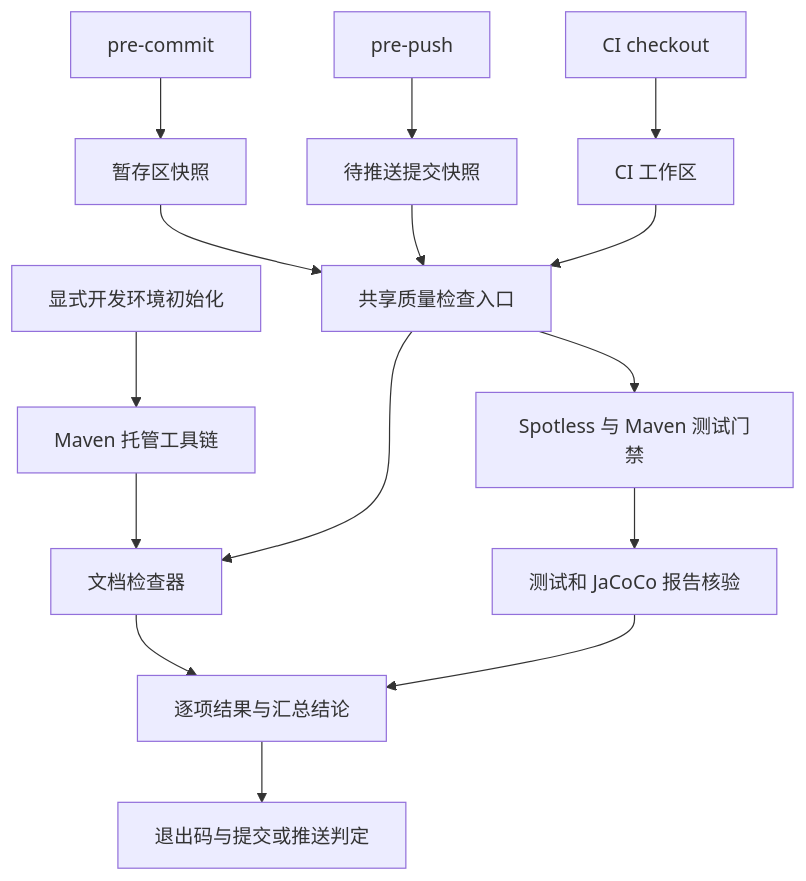
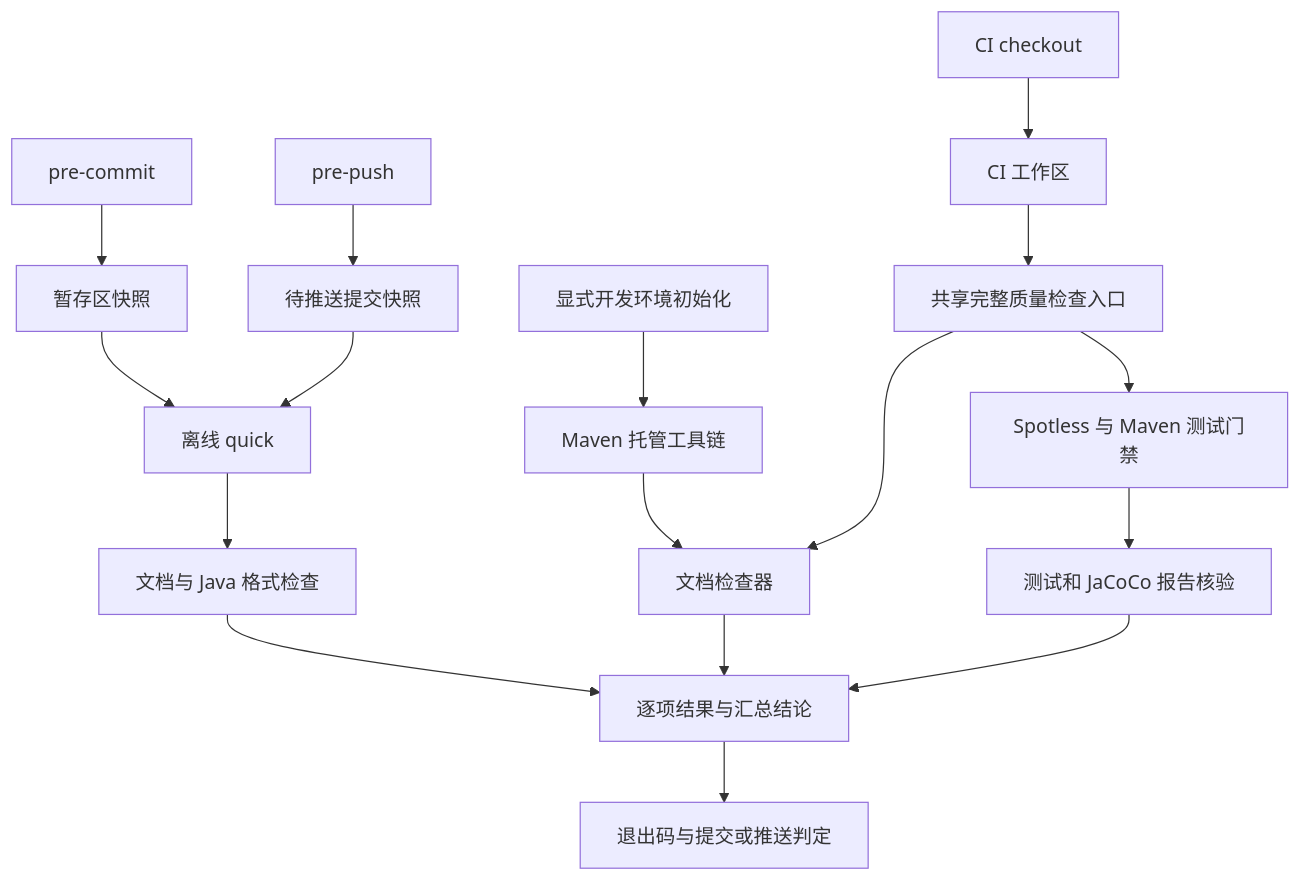
Before and after one commit to Yggdrasil-Labs/mimir-boot: the diagram in docs/active/v2.3.0/docs-quality-governance/design.md, drawn with Mermaid. The commit also changed other lines of this file and 2 other files, not shown here.

````diff
--- a/docs/active/v2.3.0/docs-quality-governance/design.md
+++ b/docs/active/v2.3.0/docs-quality-governance/design.md
@@ -39,17 +39,19 @@
 ```mermaid
 flowchart TD
     Setup[显式开发环境初始化] --> Maven[Maven 托管工具链]
     Commit[pre-commit] --> Index[暂存区快照]
     Push[pre-push] --> Refs[待推送提交快照]
     CI[CI checkout] --> Workspace[CI 工作区]
-    Index --> Runner[共享质量检查入口]
-    Refs --> Runner
-    Workspace --> Runner
+    Index --> Quick[离线 quick]
+    Refs --> Quick
+    Workspace --> Runner[共享完整质量检查入口]
+    Quick --> Format[文档与 Java 格式检查]
+    Format --> Summary
     Maven --> Docs[文档检查器]
     Runner --> Docs
     Runner --> Java[Spotless 与 Maven 测试门禁]
     Java --> Reports[测试和 JaCoCo 报告核验]
     Docs --> Summary[逐项结果与汇总结论]
     Reports --> Summary
     Summary --> Gate[退出码与提交或推送判定]
 ```
````
